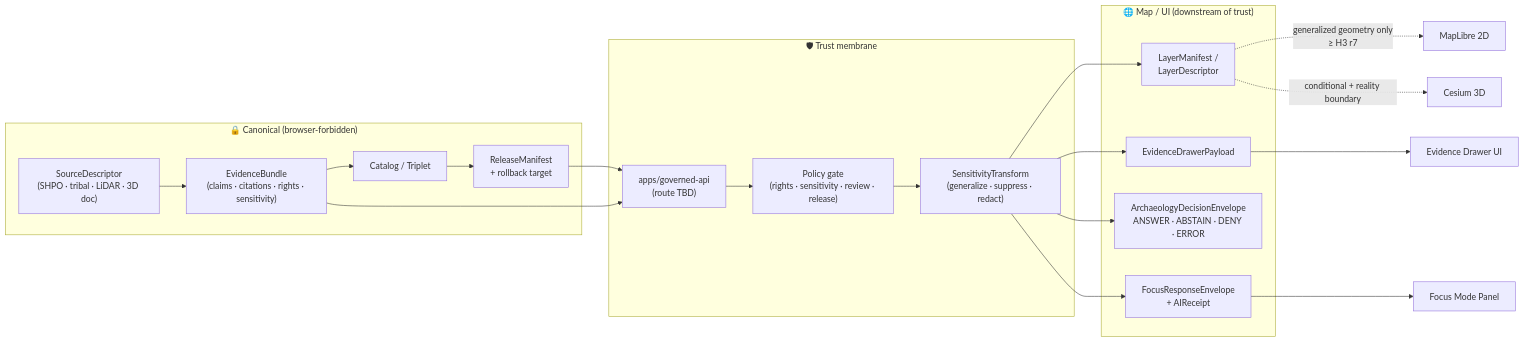
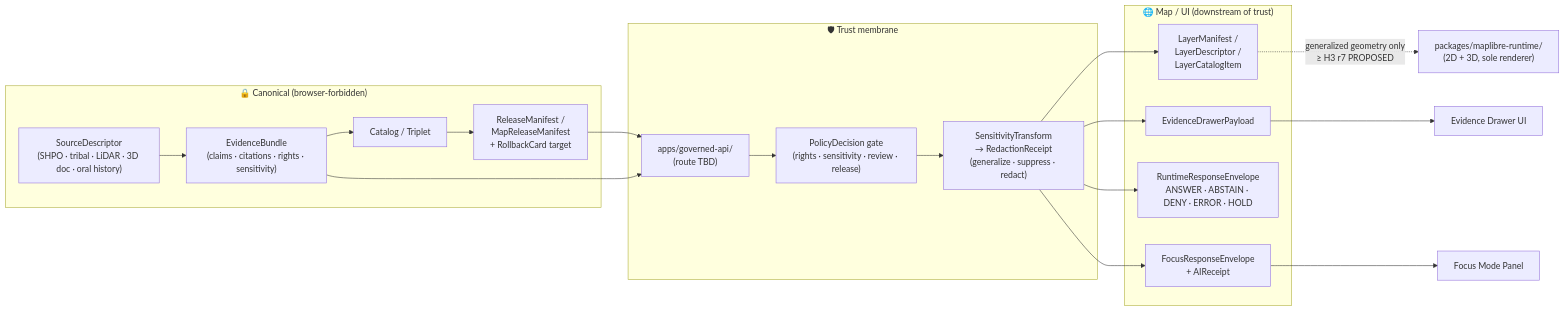
The first of 2 diagrams in docs/domains/archaeology/MAP_UI_CONTRACTS.md (bartytime4life/Kansas-Frontier-Matrix), drawn with Mermaid before and after one commit. The commit also changed other lines of this file, not shown here.

````diff
--- a/docs/domains/archaeology/MAP_UI_CONTRACTS.md
+++ b/docs/domains/archaeology/MAP_UI_CONTRACTS.md
@@ -120,35 +142,34 @@
 ```mermaid
 flowchart LR
     subgraph CANON["🔒 Canonical (browser-forbidden)"]
-        SRC["SourceDescriptor<br/>(SHPO · tribal · LiDAR · 3D doc)"]
+        SRC["SourceDescriptor<br/>(SHPO · tribal · LiDAR · 3D doc · oral history)"]
         EVB["EvidenceBundle<br/>(claims · citations · rights · sensitivity)"]
-        REL["ReleaseManifest<br/>+ rollback target"]
+        REL["ReleaseManifest /<br/>MapReleaseManifest<br/>+ RollbackCard target"]
         CAT["Catalog / Triplet"]
         SRC --> EVB --> CAT --> REL
     end
 
     subgraph MEMBRANE["🛡 Trust membrane"]
-        API["apps/governed-api<br/>(route TBD)"]
-        POL["Policy gate<br/>(rights · sensitivity · review · release)"]
-        TR["SensitivityTransform<br/>(generalize · suppress · redact)"]
+        API["apps/governed-api/<br/>(route TBD)"]
+        POL["PolicyDecision gate<br/>(rights · sensitivity · review · release)"]
+        TR["SensitivityTransform<br/>→ RedactionReceipt<br/>(generalize · suppress · redact)"]
         REL --> API
         EVB --> API
         API --> POL --> TR
     end
 
     subgraph CLIENT["🌐 Map / UI (downstream of trust)"]
-        LM["LayerManifest /<br/>LayerDescriptor"]
+        LM["LayerManifest /<br/>LayerDescriptor /<br/>LayerCatalogItem"]
         ED["EvidenceDrawerPayload"]
-        DE["ArchaeologyDecisionEnvelope<br/>ANSWER · ABSTAIN · DENY · ERROR"]
+        DE["RuntimeResponseEnvelope<br/>ANSWER · ABSTAIN · DENY · ERROR · HOLD"]
         FM["FocusResponseEnvelope<br/>+ AIReceipt"]
         TR --> LM
         TR --> ED
         TR --> DE
         TR --> FM
     end
 
-    LM -.->|generalized geometry only<br/>≥ H3 r7| MAP["MapLibre 2D"]
-    LM -.->|conditional + reality boundary| CES["Cesium 3D"]
+    LM -.->|generalized geometry only<br/>≥ H3 r7 PROPOSED| MAP["packages/maplibre-runtime/<br/>(2D + 3D, sole renderer)"]
     ED --> DRAWER["Evidence Drawer UI"]
     FM --> PANEL["Focus Mode Panel"]
 ```
````
